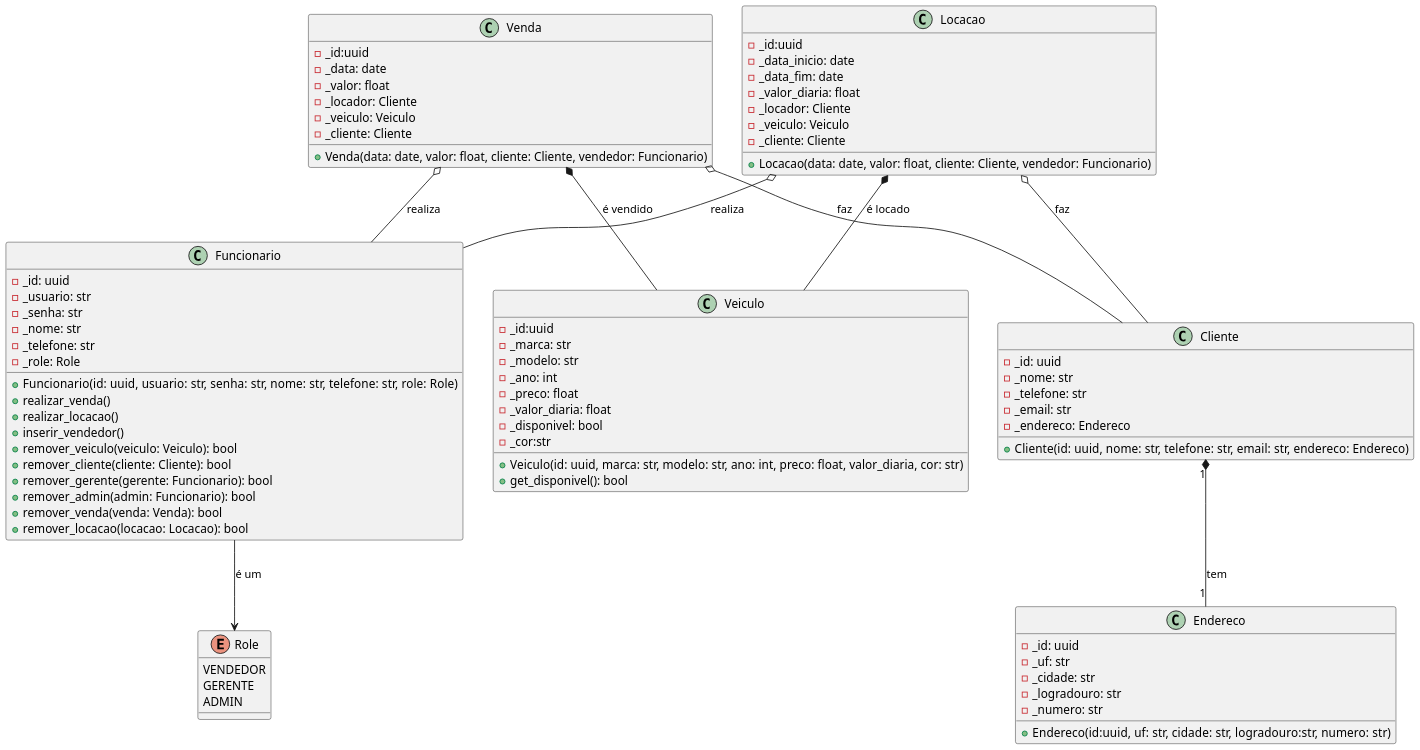
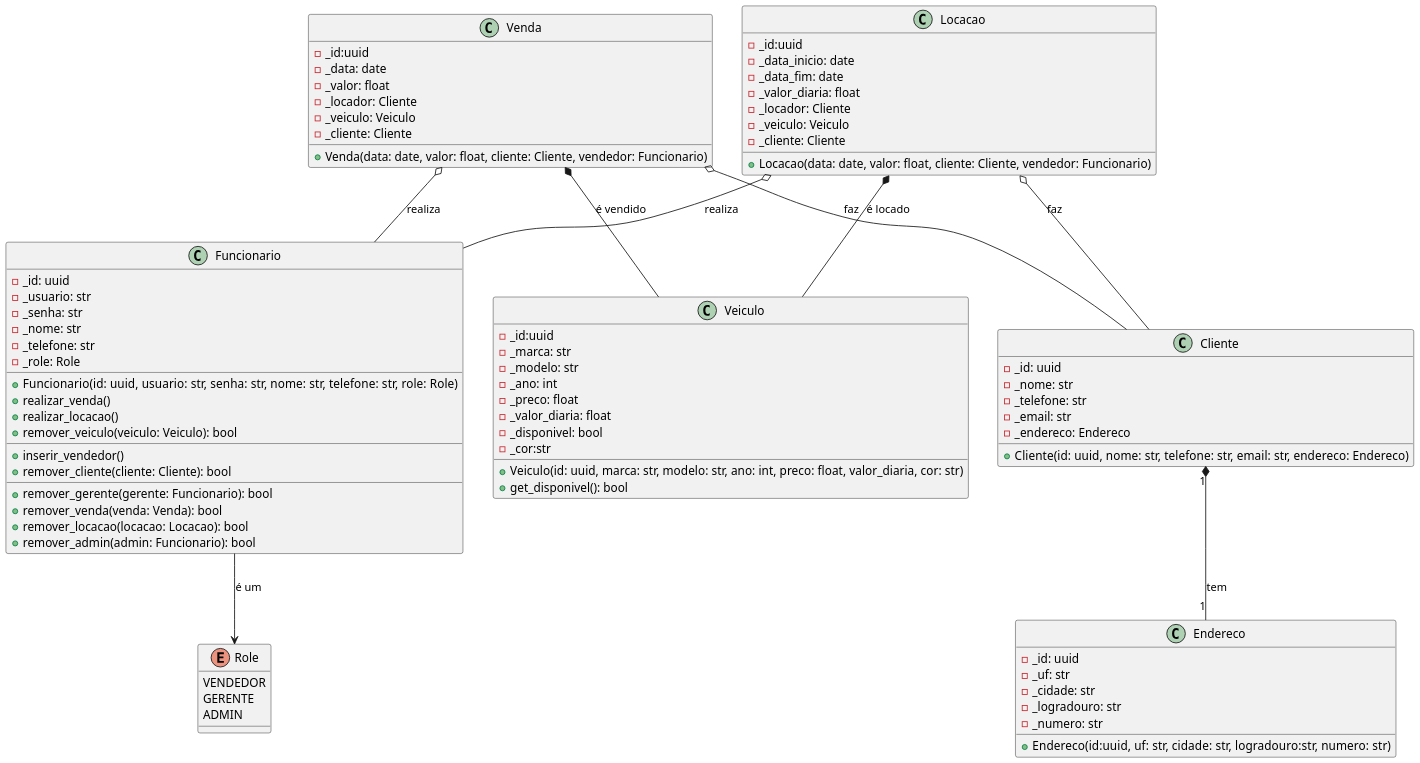
The diagram in Modelagem/Model.puml (gabrielraulino/DS-Persist-SmartAuto), drawn with PlantUML before and after one commit. The commit also changed 6 other files, not shown here.

Commit message:
refactor(model): remoção de classes Cliente, Endereco, Funcionario, Locacao, Veiculo e Venda

```diff
--- a/Modelagem/Model.puml
+++ b/Modelagem/Model.puml
@@ -1,96 +1,98 @@
 @startuml SmartAuto
 skinparam defaultFontName Hasklig
 skinparam dpi 150
 
 enum Role {
   VENDEDOR
   GERENTE
   ADMIN
 }
 
 class Funcionario {
   -_id: uuid
   -_usuario: str
   -_senha: str
   -_nome: str
   -_telefone: str
   -_role: Role
-
+  __
   +Funcionario(id: uuid, usuario: str, senha: str, nome: str, telefone: str, role: Role)
   +realizar_venda()
   +realizar_locacao()
+  +remover_veiculo(veiculo: Veiculo): bool
+  __
   +inserir_vendedor()
-  +remover_veiculo(veiculo: Veiculo): bool
   +remover_cliente(cliente: Cliente): bool
+  __
   +remover_gerente(gerente: Funcionario): bool
-  +remover_admin(admin: Funcionario): bool
   +remover_venda(venda: Venda): bool
   +remover_locacao(locacao: Locacao): bool
+  +remover_admin(admin: Funcionario): bool
 }
 Funcionario --> Role : "é um"
 class Cliente {
   -_id: uuid
   -_nome: str
   -_telefone: str
   -_email: str
   -_endereco: Endereco
   
   +Cliente(id: uuid, nome: str, telefone: str, email: str, endereco: Endereco)
 }
 
 class Endereco{
   -_id: uuid
   -_uf: str
   -_cidade: str
   -_logradouro: str
   -_numero: str
   +Endereco(id:uuid, uf: str, cidade: str, logradouro:str, numero: str)
 }
 
 class Venda {
   -_id:uuid
   -_data: date
   -_valor: float
   -_locador: Cliente
   -_veiculo: Veiculo
   -_cliente: Cliente
 
   +Venda(data: date, valor: float, cliente: Cliente, vendedor: Funcionario)
 }
 
 class Locacao {
   -_id:uuid
   -_data_inicio: date
   -_data_fim: date
   -_valor_diaria: float
   -_locador: Cliente
   -_veiculo: Veiculo
   -_cliente: Cliente
 
   +Locacao(data: date, valor: float, cliente: Cliente, vendedor: Funcionario)
 }
 
 class Veiculo {
   -_id:uuid
   -_marca: str
   -_modelo: str
   -_ano: int
   -_preco: float
   -_valor_diaria: float
   -_disponivel: bool
   -_cor:str
   +Veiculo(id: uuid, marca: str, modelo: str, ano: int, preco: float, valor_diaria, cor: str)
   +get_disponivel(): bool
 }
 
 Venda *-- Veiculo : "é vendido"
 Venda o-- Cliente : "faz"
 Venda o-- Funcionario : "realiza"
 
 Locacao *-- Veiculo : "é locado"
 Locacao o-- Cliente : "faz"
 Locacao o-- Funcionario : "realiza"
 
 Cliente "1"*-- "1"Endereco : "tem"
 
 @enduml
```
